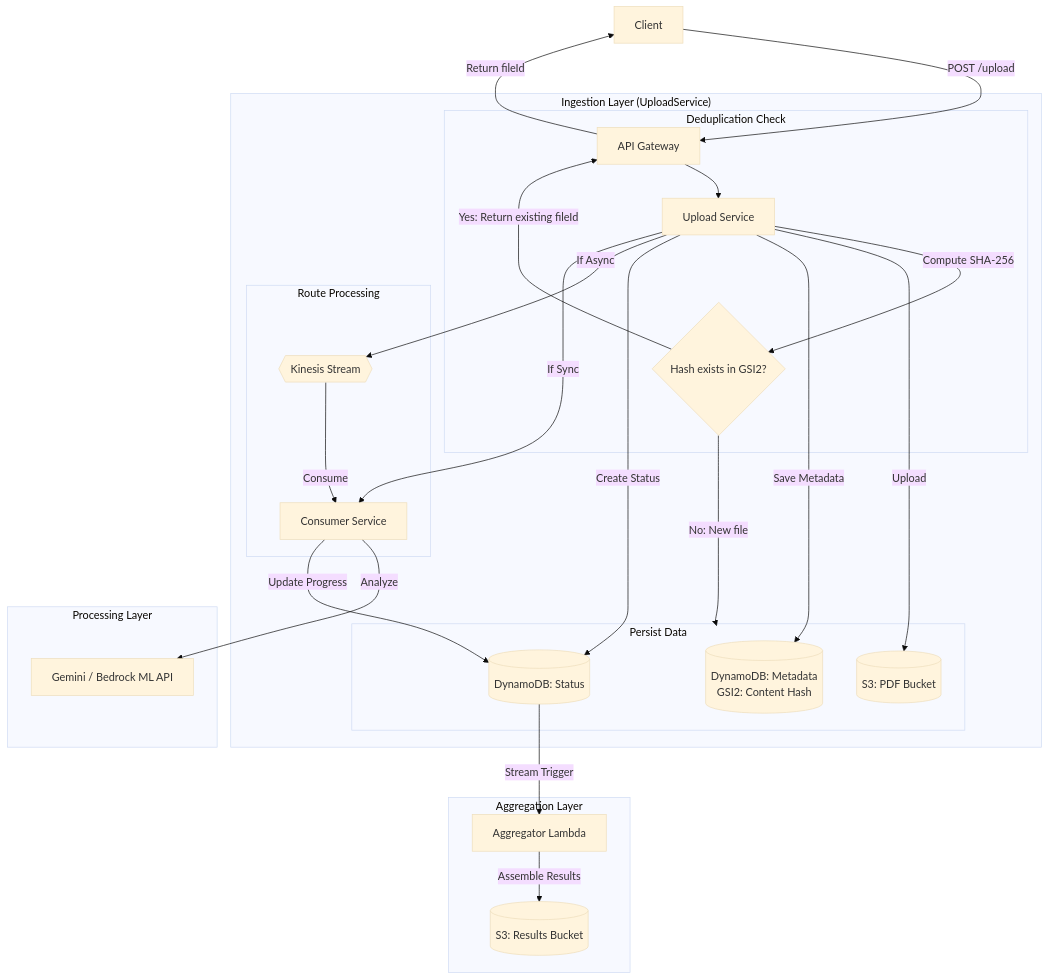
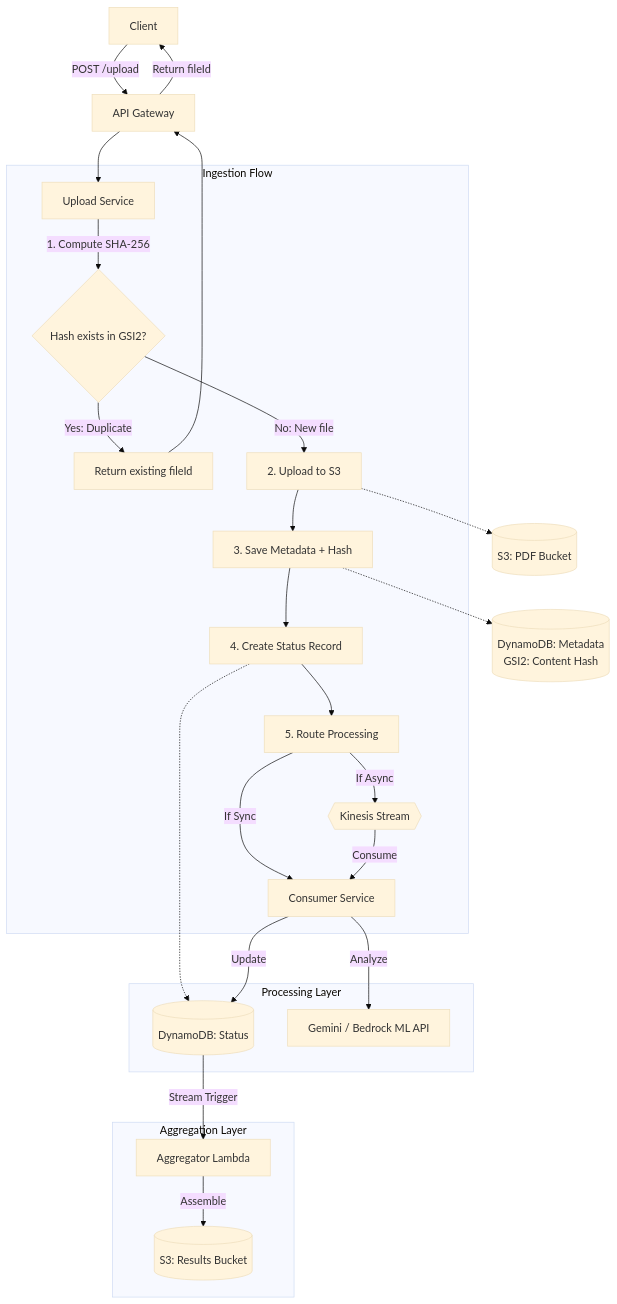
The diagram in README.md (sphoortimirji5/Distributed-ML-Document-Orchestrator), drawn with Mermaid (base theme) before and after one commit.

Commit message:
docs: fix architecture diagram flow paths
- Fix broken HashCheck "No" path that pointed to subgraph
- Make flow linear: HashCheck -> StoreS3 -> SaveMeta -> CreateStatus -> Route
- Show explicit data stores (S3, DynamoDB) as separate nodes
- Add numbered steps (1-5) for clarity
- Separate return path for duplicates back to API
- Use dotted lines for data store connections

````diff
--- a/README.md
+++ b/README.md
@@ -33,39 +33,42 @@
 ```mermaid
 flowchart TD
     Client["Client"] -- "POST /upload" --> API["API Gateway"]
+    API --> UploadService["Upload Service"]
     
-    subgraph IngestionLayer ["Ingestion Layer (UploadService)"]
-        API --> UploadService["Upload Service"]
+    subgraph IngestionFlow ["Ingestion Flow"]
+        UploadService -- "1. Compute SHA-256" --> HashCheck{"Hash exists in GSI2?"}
         
-        subgraph Deduplication ["Deduplication Check"]
-            UploadService -- "Compute SHA-256" --> HashCheck{"Hash exists in GSI2?"}
-            HashCheck -- "Yes: Return existing fileId" --> API
-        end
+        HashCheck -- "Yes: Duplicate" --> ReturnDup["Return existing fileId"]
+        HashCheck -- "No: New file" --> StoreS3["2. Upload to S3"]
         
-        HashCheck -- "No: New file" --> StoreFlow
+        StoreS3 --> SaveMeta["3. Save Metadata + Hash"]
+        SaveMeta --> CreateStatus["4. Create Status Record"]
+        CreateStatus --> Route["5. Route Processing"]
         
-        subgraph StoreFlow ["Persist Data"]
-            UploadService -- "Upload" --> S3_PDF[("S3: PDF Bucket")]
-            UploadService -- "Save Metadata" --> DDB_Meta[("DynamoDB: Metadata<br/>GSI2: Content Hash")]
-            UploadService -- "Create Status" --> DDB_Status[("DynamoDB: Status")]
-        end
-        
-        subgraph RouteProcessing ["Route Processing"]
-            UploadService -- "If Async" --> Kinesis{{"Kinesis Stream"}}
-            UploadService -- "If Sync" --> Consumer["Consumer Service"]
-        end
+        Route -- "If Async" --> Kinesis{{"Kinesis Stream"}}
+        Route -- "If Sync" --> Consumer["Consumer Service"]
     end
+    
+    ReturnDup --> API
+    
+    S3[("S3: PDF Bucket")]
+    DDB_Meta[("DynamoDB: Metadata<br/>GSI2: Content Hash")]
+    DDB_Status[("DynamoDB: Status")]
+    
+    StoreS3 -.-> S3
+    SaveMeta -.-> DDB_Meta
+    CreateStatus -.-> DDB_Status
 
     subgraph ProcessingLayer ["Processing Layer"]
         Kinesis -- "Consume" --> Consumer
         Consumer -- "Analyze" --> Gemini["Gemini / Bedrock ML API"]
-        Consumer -- "Update Progress" --> DDB_Status
+        Consumer -- "Update" --> DDB_Status
     end
 
     subgraph AggregationLayer ["Aggregation Layer"]
         DDB_Status -- "Stream Trigger" --> Aggregator["Aggregator Lambda"]
-        Aggregator -- "Assemble Results" --> S3_Results[("S3: Results Bucket")]
+        Aggregator -- "Assemble" --> S3_Results[("S3: Results Bucket")]
     end
 
     API -- "Return fileId" --> Client
 ```
````
